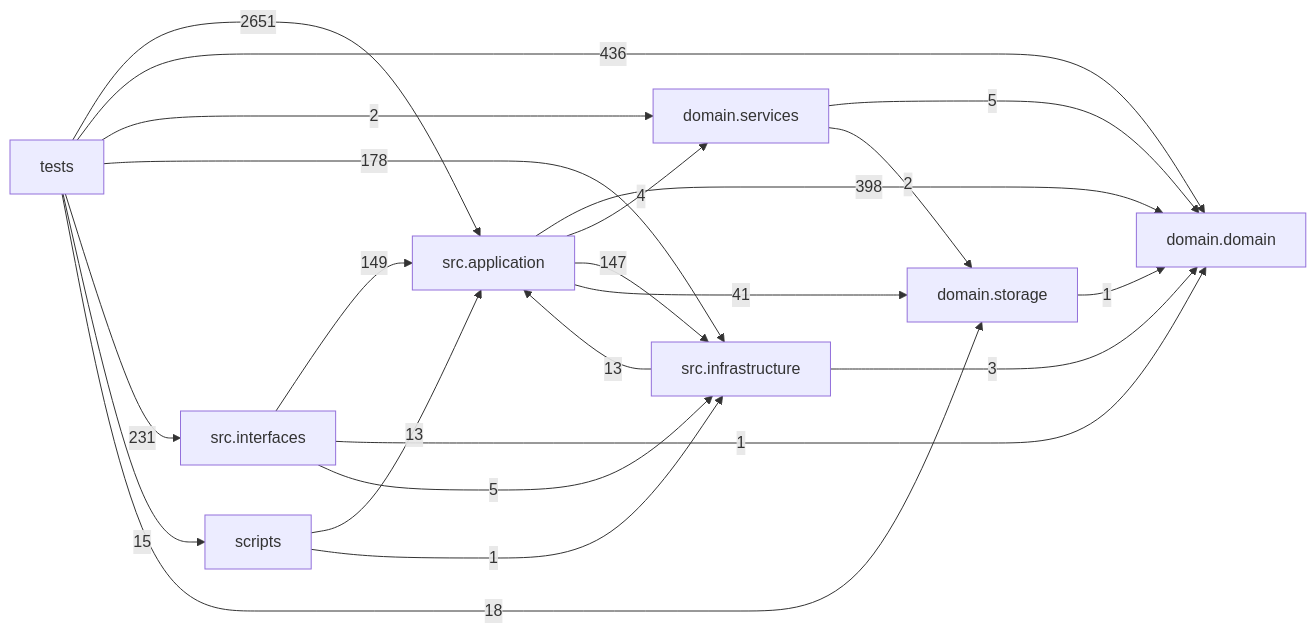
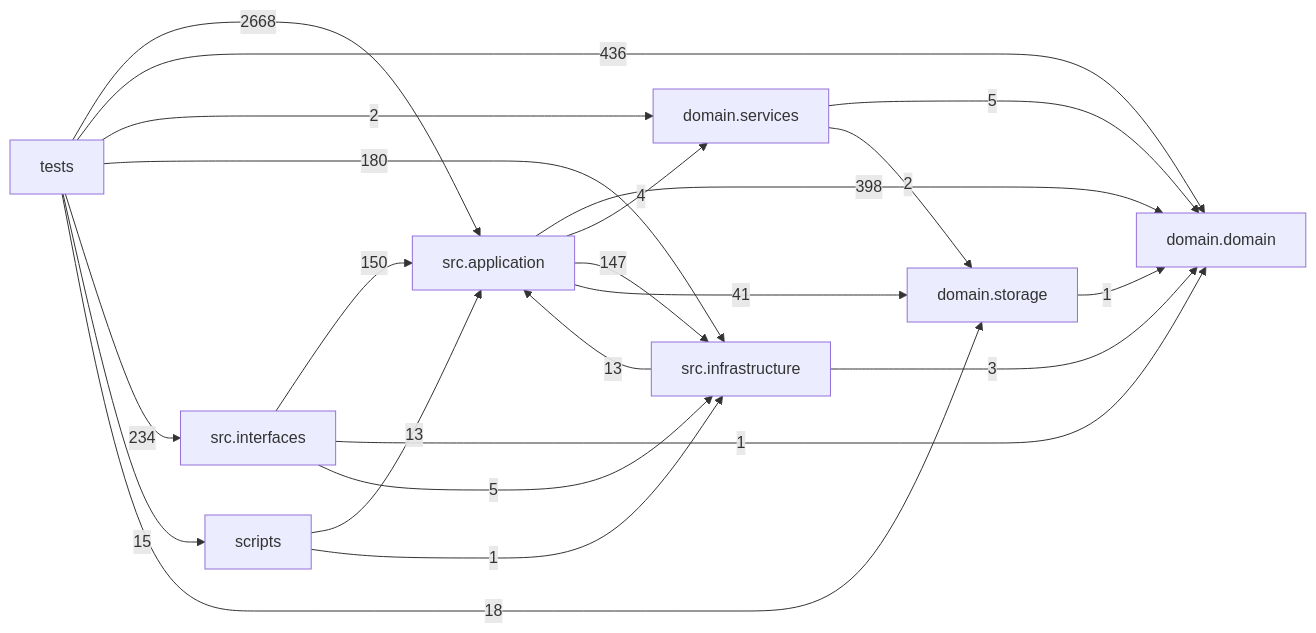
One commit to liuxie066/options-monitor changed the diagram in docs/DEPENDENCY_GRAPH.md. Above: the diagram before and after it, drawn with Mermaid. The commit also changed other lines of this file and 27 other files, not shown here.

````diff
--- a/docs/DEPENDENCY_GRAPH.md
+++ b/docs/DEPENDENCY_GRAPH.md
@@ -24,32 +24,32 @@
 ```mermaid
 flowchart LR
   tests["tests"]
   scripts["scripts"]
   interfaces["src.interfaces"]
   application["src.application"]
   infrastructure["src.infrastructure"]
   domain_services["domain.services"]
   domain["domain.domain"]
   storage["domain.storage"]
   application -->|398| domain
   application -->|4| domain_services
   application -->|147| infrastructure
   application -->|41| storage
   domain_services -->|5| domain
   domain_services -->|2| storage
   infrastructure -->|13| application
   infrastructure -->|3| domain
-  interfaces -->|149| application
+  interfaces -->|150| application
   interfaces -->|1| domain
   interfaces -->|5| infrastructure
   scripts -->|13| application
   scripts -->|1| infrastructure
   storage -->|1| domain
-  tests -->|2651| application
+  tests -->|2668| application
   tests -->|436| domain
   tests -->|2| domain_services
-  tests -->|178| infrastructure
-  tests -->|231| interfaces
+  tests -->|180| infrastructure
+  tests -->|234| interfaces
   tests -->|15| scripts
   tests -->|18| storage
 ```
````
